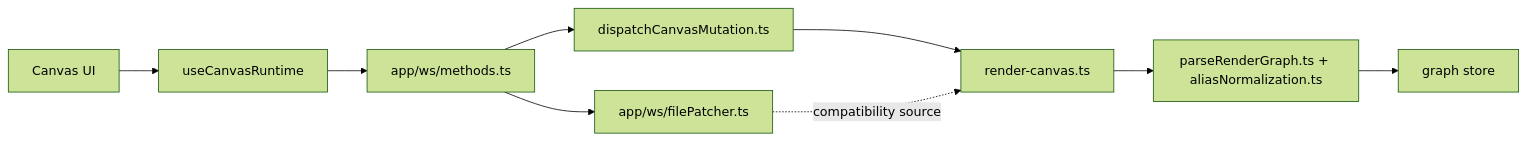
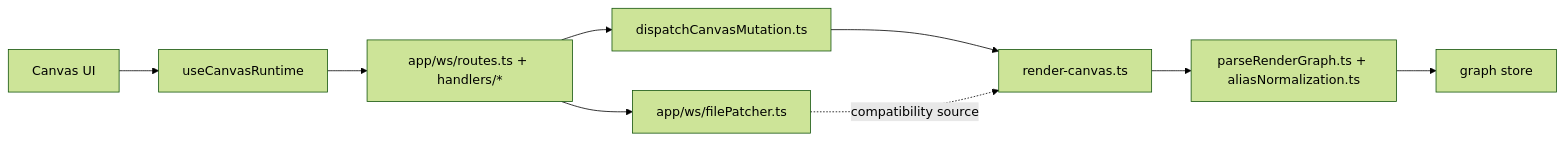
Before and after one commit to ev3rlit/magam-canonical-archive: the first of 2 diagrams in docs/bottleneck/runtime-read-write-boundary.md, drawn with Mermaid (forest theme). The commit also changed other lines of this file and 25 other files, not shown here.

````diff
--- a/docs/bottleneck/runtime-read-write-boundary.md
+++ b/docs/bottleneck/runtime-read-write-boundary.md
@@ -61,11 +201,11 @@
 ```mermaid
 flowchart LR
   UI["Canvas UI"] --> Hook["useCanvasRuntime"]
-  Hook --> WS["app/ws/methods.ts"]
+  Hook --> WS["app/ws/routes.ts + handlers/*"]
   WS --> Patch["app/ws/filePatcher.ts"]
   WS --> Runtime["dispatchCanvasMutation.ts"]
   Runtime --> Query["render-canvas.ts"]
   Query --> Parse["parseRenderGraph.ts + aliasNormalization.ts"]
   Parse --> Store["graph store"]
   Patch -.compatibility source.-> Query
 ```
````
